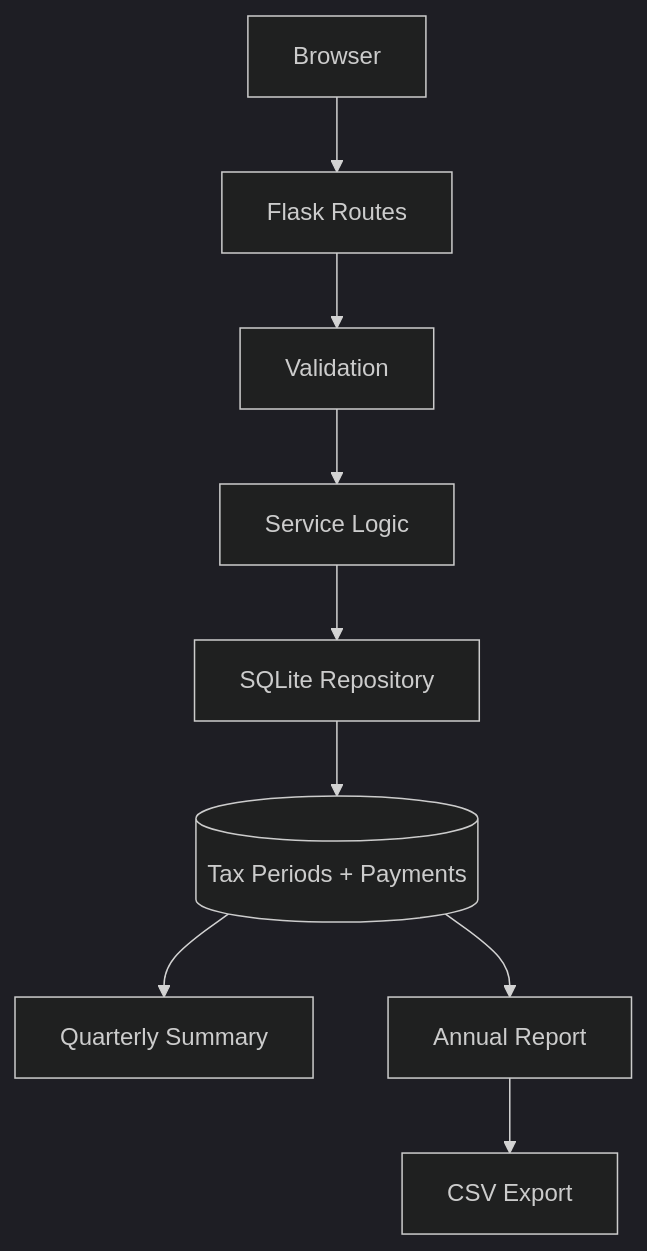
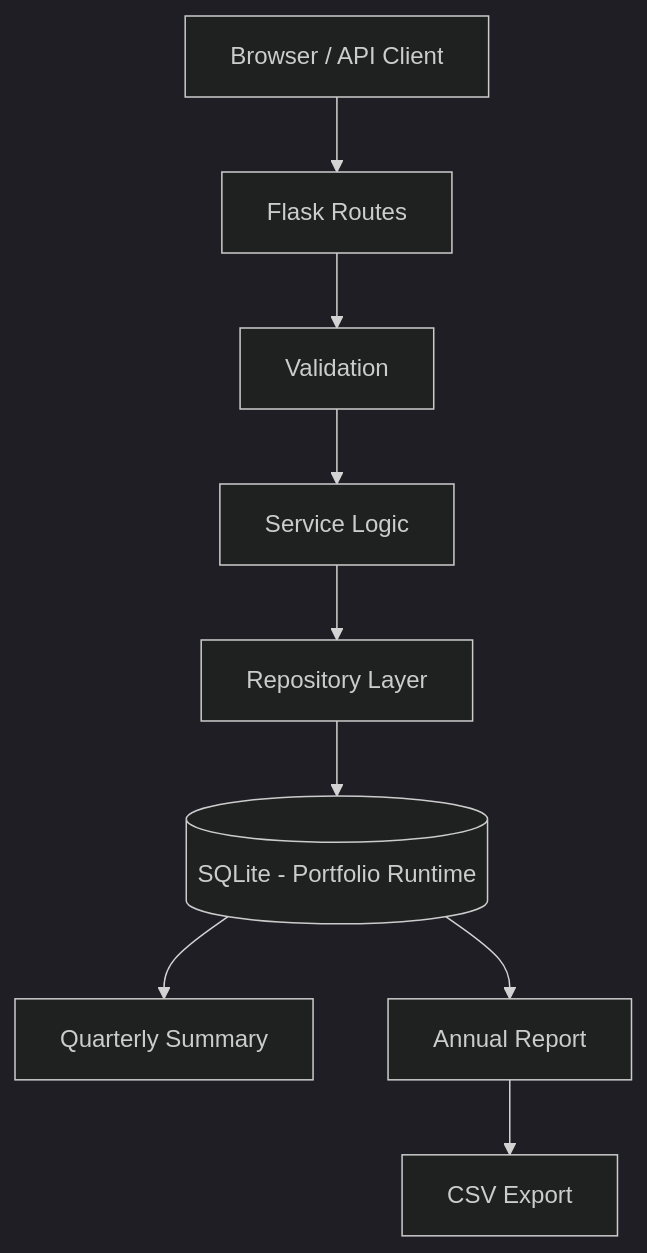
The third of 3 diagrams in README.md (PerpsAkach/tax-payment-tracker), drawn with Mermaid (dark theme) before and after one commit. The commit also changed other lines of this file, not shown here.

````diff
--- a/README.md
+++ b/README.md
@@ -47,11 +130,11 @@
 ```mermaid
 flowchart TD
-    U[Browser] --> R[Flask Routes]
+    U[Browser / API Client] --> R[Flask Routes]
     R --> V[Validation]
     V --> S[Service Logic]
-    S --> P[SQLite Repository]
-    P --> DB[(Tax Periods + Payments)]
+    S --> P[Repository Layer]
+    P --> DB[(SQLite - Portfolio Runtime)]
     DB --> Q[Quarterly Summary]
     DB --> A[Annual Report]
     A --> C[CSV Export]
 ```
````
